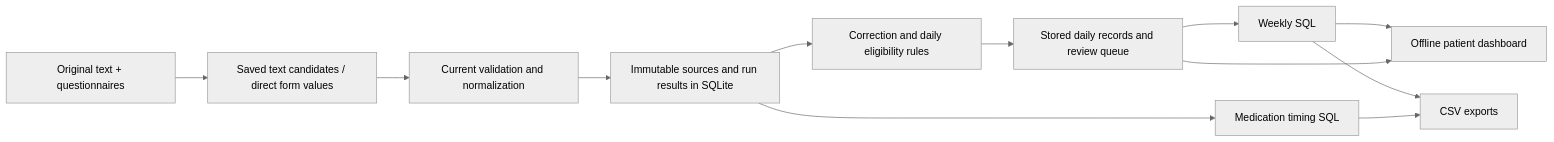
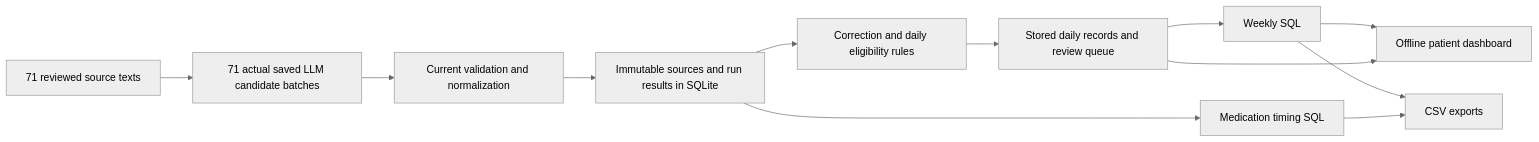
The diagram in docs/storage_and_trends.md (buyifei11/Patient-Reported-Data-Store-Manage-Chart), drawn with Mermaid (neutral theme) before and after one commit. The commit also changed other lines of this file and 42 other files, not shown here.

````diff
--- a/docs/storage_and_trends.md
+++ b/docs/storage_and_trends.md
@@ -10,14 +11,14 @@
 ```mermaid
 flowchart LR
-    A[Original text + questionnaires] --> B[Saved text candidates / direct form values]
+    A[71 reviewed source texts] --> B[71 actual saved LLM candidate batches]
     B --> C[Current validation and normalization]
     C --> D[Immutable sources and run results in SQLite]
     D --> E[Correction and daily eligibility rules]
     E --> F[Stored daily records and review queue]
     F --> G[Weekly SQL]
     G --> H[Offline patient dashboard]
     F --> H
     D --> I[Medication timing SQL]
     G --> J[CSV exports]
     I --> J
 ```
````
